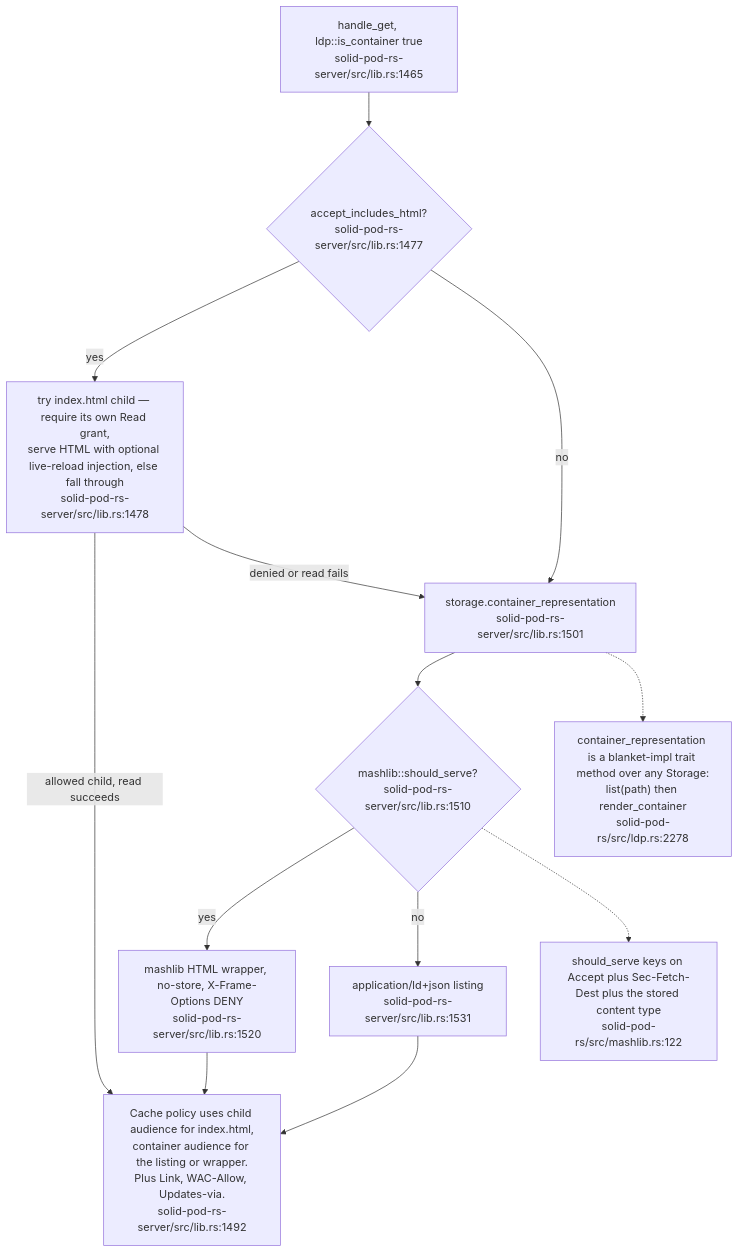
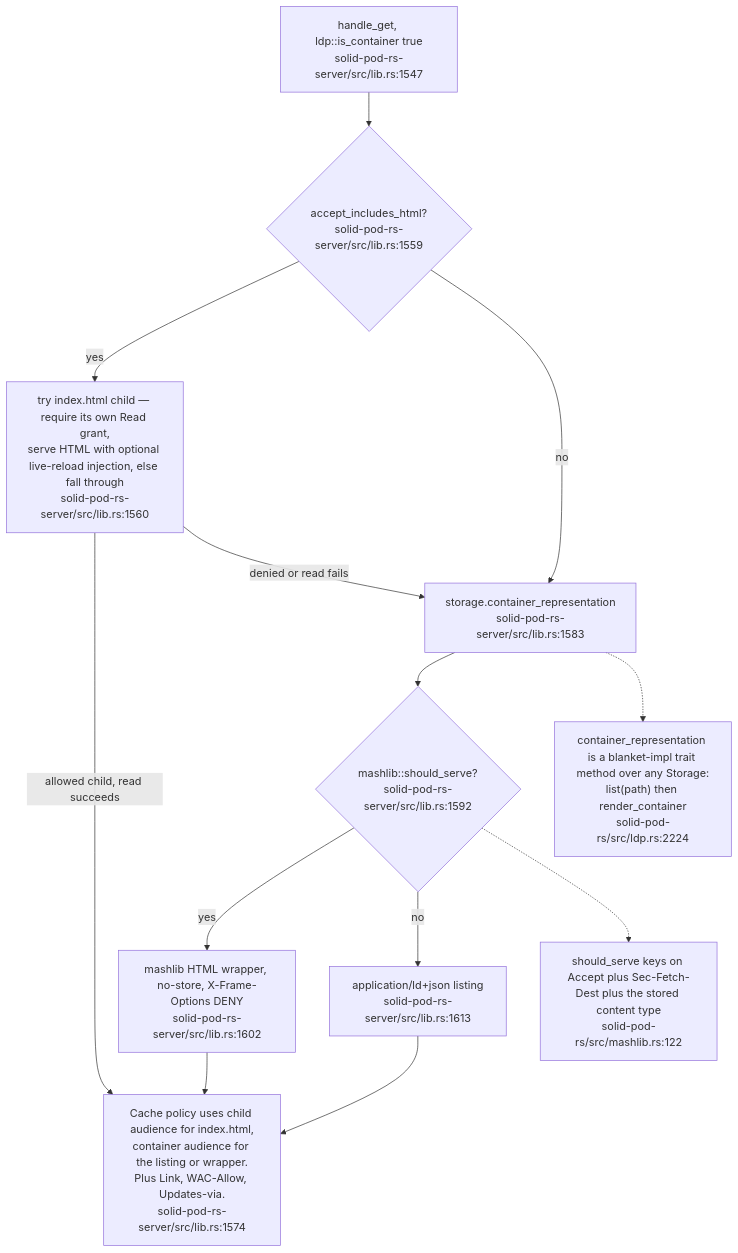
Before and after one commit to DreamLab-AI/VisionFlow: the second of 11 diagrams in docs/diagrams/solid-pod-rs/03-ldp-request-lifecycle.md, drawn with Mermaid. The commit also changed other lines of this file and 59 other files, not shown here.

First line of the commit message:
docs(diagrams): re-derive and re-stamp forum, website, pod, ontomark and sealmap topics

````diff
--- a/docs/diagrams/solid-pod-rs/03-ldp-request-lifecycle.md
+++ b/docs/diagrams/solid-pod-rs/03-ldp-request-lifecycle.md
@@ -59,25 +60,25 @@
 ```mermaid
 flowchart TD
-    START["handle_get, ldp::is_container true<br/>solid-pod-rs-server/src/lib.rs:1465"]
-    HTML{"accept_includes_html?<br/>solid-pod-rs-server/src/lib.rs:1477"}
-    IDX["try index.html child — require its own Read grant,<br/>serve HTML with optional live-reload injection, else fall through<br/>solid-pod-rs-server/src/lib.rs:1478"]
-    REP["storage.container_representation<br/>solid-pod-rs-server/src/lib.rs:1501"]
-    MASH{"mashlib::should_serve?<br/>solid-pod-rs-server/src/lib.rs:1510"}
-    MHTML["mashlib HTML wrapper, no-store, X-Frame-Options DENY<br/>solid-pod-rs-server/src/lib.rs:1520"]
-    JSONLD["application/ld+json listing<br/>solid-pod-rs-server/src/lib.rs:1531"]
-    DONE["Cache policy uses child audience for index.html,<br/>container audience for the listing or wrapper.<br/>Plus Link, WAC-Allow, Updates-via.<br/>solid-pod-rs-server/src/lib.rs:1492"]
+    START["handle_get, ldp::is_container true<br/>solid-pod-rs-server/src/lib.rs:1547"]
+    HTML{"accept_includes_html?<br/>solid-pod-rs-server/src/lib.rs:1559"}
+    IDX["try index.html child — require its own Read grant,<br/>serve HTML with optional live-reload injection, else fall through<br/>solid-pod-rs-server/src/lib.rs:1560"]
+    REP["storage.container_representation<br/>solid-pod-rs-server/src/lib.rs:1583"]
+    MASH{"mashlib::should_serve?<br/>solid-pod-rs-server/src/lib.rs:1592"}
+    MHTML["mashlib HTML wrapper, no-store, X-Frame-Options DENY<br/>solid-pod-rs-server/src/lib.rs:1602"]
+    JSONLD["application/ld+json listing<br/>solid-pod-rs-server/src/lib.rs:1613"]
+    DONE["Cache policy uses child audience for index.html,<br/>container audience for the listing or wrapper.<br/>Plus Link, WAC-Allow, Updates-via.<br/>solid-pod-rs-server/src/lib.rs:1574"]
 
     START --> HTML
     HTML -- yes --> IDX
     HTML -- no --> REP
     IDX -- "allowed child, read succeeds" --> DONE
     IDX -- "denied or read fails" --> REP
     REP --> MASH
     MASH -- yes --> MHTML --> DONE
     MASH -- no --> JSONLD --> DONE
 
-    N["container_representation is a blanket-impl trait method over any Storage:<br/>list(path) then render_container<br/>solid-pod-rs/src/ldp.rs:2278"]
+    N["container_representation is a blanket-impl trait method over any Storage:<br/>list(path) then render_container<br/>solid-pod-rs/src/ldp.rs:2224"]
     REP -.-> N
     N2["should_serve keys on Accept plus Sec-Fetch-Dest plus the stored content type<br/>solid-pod-rs/src/mashlib.rs:122"]
     MASH -.-> N2
 ```
````
